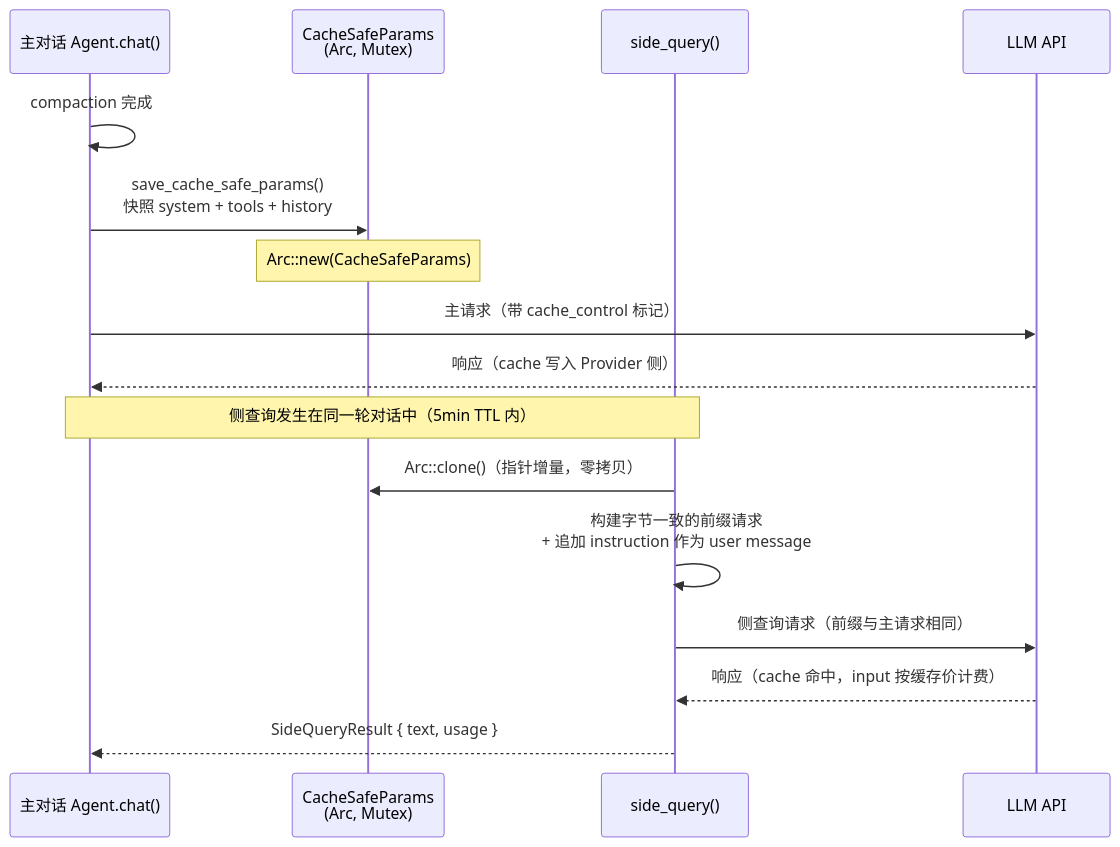
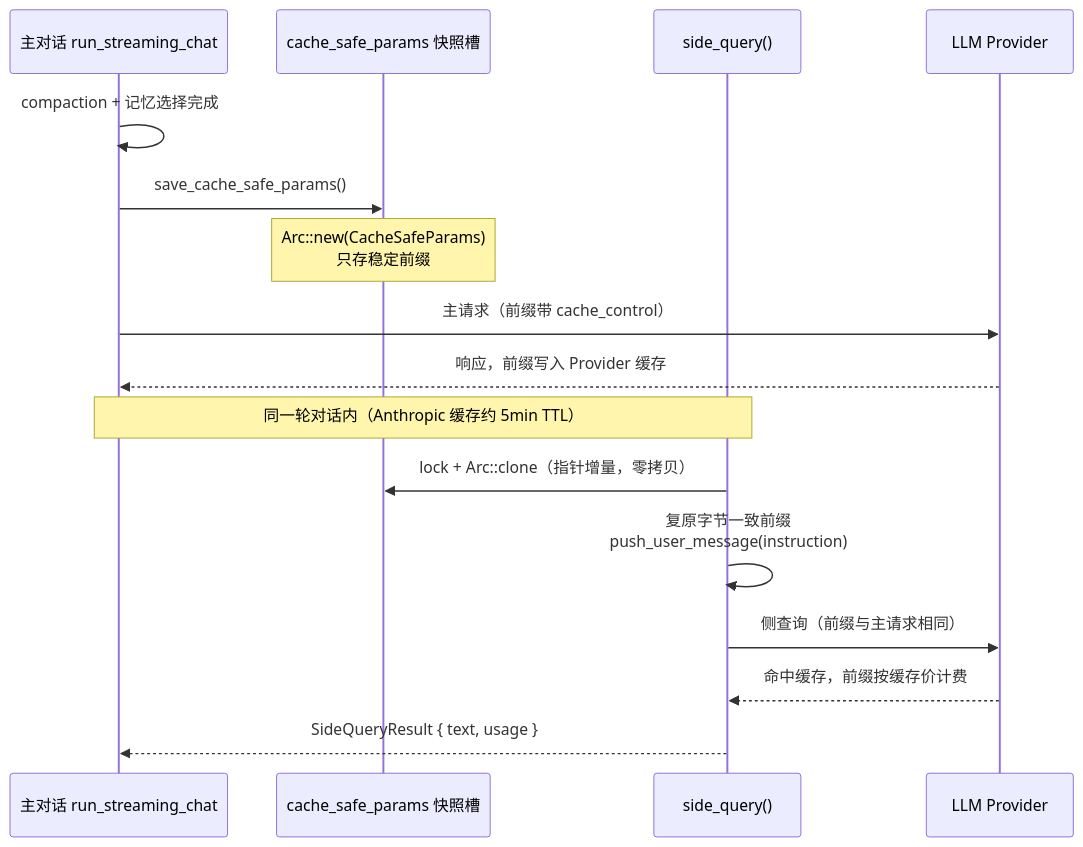
The first of 4 diagrams in docs/architecture/side-query.md (shiwenwen/hope-agent), drawn with Mermaid before and after one commit. The commit also changed other lines of this file and 5 other files, not shown here.

First line of the commit message:
🦭docs: 第一批 infra 文档按新标准重做（config-system/logging/backup-autosave/security/platform/side-query）

````diff
--- a/docs/architecture/side-query.md
+++ b/docs/architecture/side-query.md
@@ -10,21 +15,21 @@
 ```mermaid
 sequenceDiagram
-    participant Main as 主对话 Agent.chat()
-    participant Cache as CacheSafeParams<br/>(Arc, Mutex)
+    participant Main as 主对话 run_streaming_chat
+    participant Snap as cache_safe_params 快照槽
     participant Side as side_query()
-    participant API as LLM API
+    participant API as LLM Provider
 
-    Main->>Main: compaction 完成
-    Main->>Cache: save_cache_safe_params()<br/>快照 system + tools + history
-    Note over Cache: Arc::new(CacheSafeParams)
-    Main->>API: 主请求（带 cache_control 标记）
-    API-->>Main: 响应（cache 写入 Provider 侧）
+    Main->>Main: compaction + 记忆选择完成
+    Main->>Snap: save_cache_safe_params()
+    Note over Snap: Arc::new(CacheSafeParams)<br/>只存稳定前缀
+    Main->>API: 主请求（前缀带 cache_control）
+    API-->>Main: 响应，前缀写入 Provider 缓存
 
-    Note over Main,Side: 侧查询发生在同一轮对话中（5min TTL 内）
+    Note over Main,Side: 同一轮对话内（Anthropic 缓存约 5min TTL）
 
-    Side->>Cache: Arc::clone()（指针增量，零拷贝）
-    Side->>Side: 构建字节一致的前缀请求<br/>+ 追加 instruction 作为 user message
-    Side->>API: 侧查询请求（前缀与主请求相同）
-    API-->>Side: 响应（cache 命中，input 按缓存价计费）
+    Side->>Snap: lock + Arc::clone（指针增量，零拷贝）
+    Side->>Side: 复原字节一致前缀<br/>push_user_message(instruction)
+    Side->>API: 侧查询（前缀与主请求相同）
+    API-->>Side: 命中缓存，前缀按缓存价计费
     Side-->>Main: SideQueryResult { text, usage }
 ```
````
